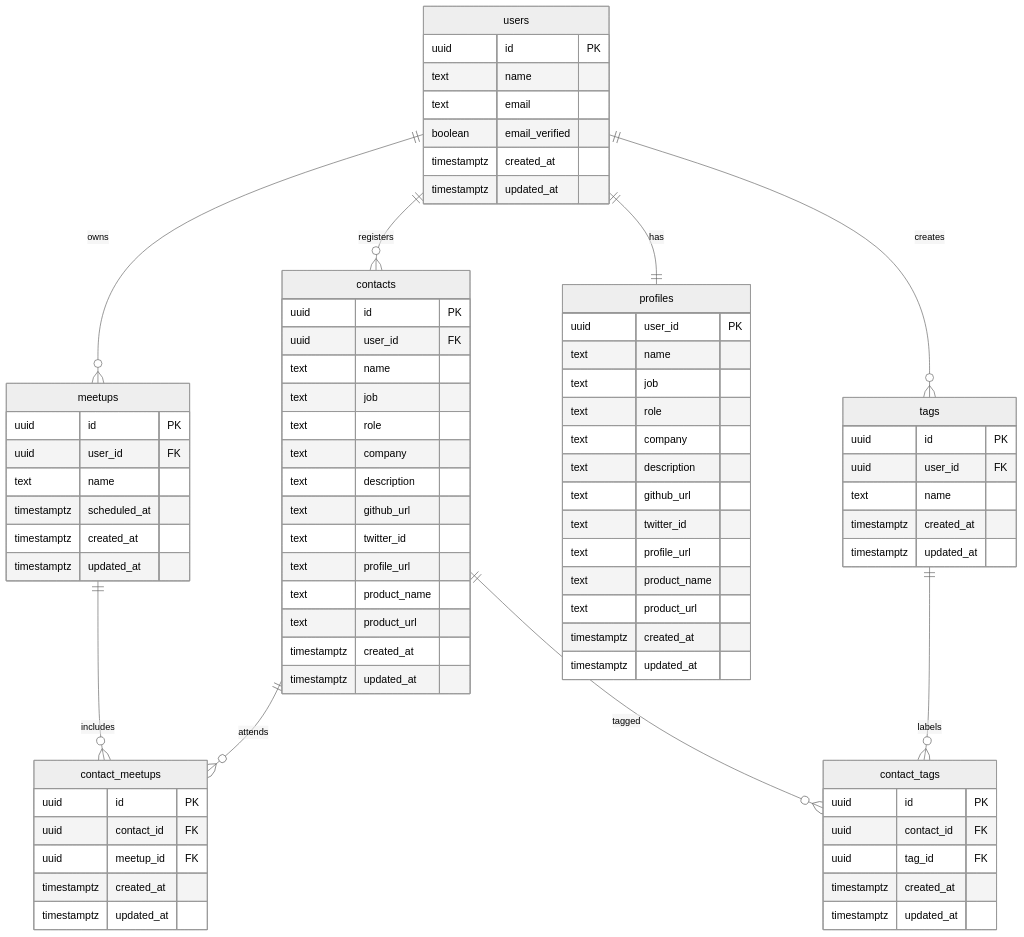
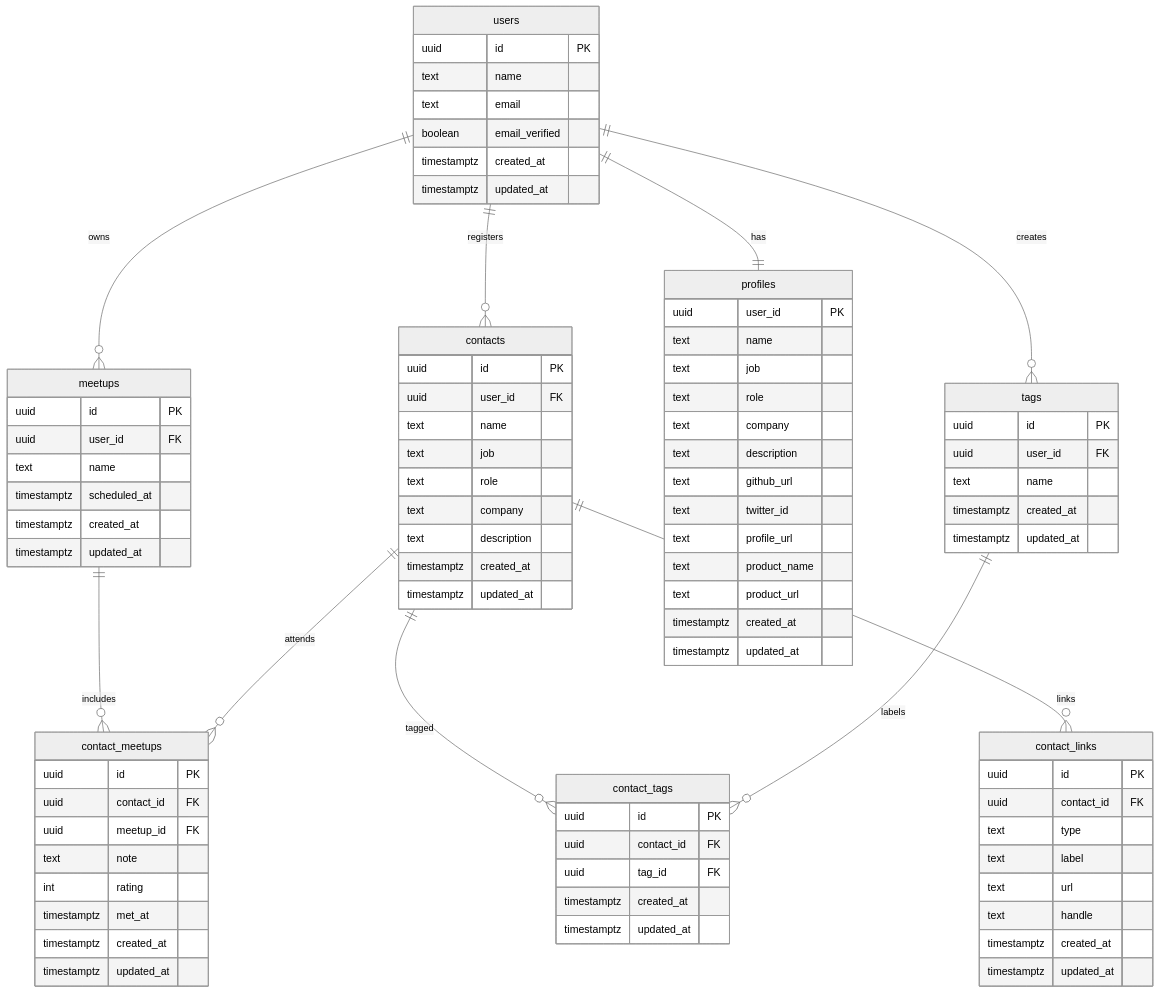
Before and after one commit to gs223gs/remeet-web: the diagram in docs/設計/db設計.md, drawn with Mermaid (neutral theme). The commit also changed other lines of this file, not shown here.

Commit message:
docs: db設計の見直し contacts のスリム

```diff
--- a/docs/設計/db設計.md
+++ b/docs/設計/db設計.md
@@ -98,6 +102,7 @@
     meetups ||--o{ contact_meetups : includes
     contacts ||--o{ contact_meetups : attends
     contacts ||--o{ contact_tags : tagged
+    contacts ||--o{ contact_links : links
     tags ||--o{ contact_tags : labels
 
     users {
@@ -126,11 +131,6 @@
         text role
         text company
         text description
-        text github_url
-        text twitter_id
-        text profile_url
-        text product_name
-        text product_url
         timestamptz created_at
         timestamptz updated_at
     }
@@ -139,6 +139,9 @@
         uuid id PK
         uuid contact_id FK
         uuid meetup_id FK
+        text note
+        int rating
+        timestamptz met_at
         timestamptz created_at
         timestamptz updated_at
     }
@@ -159,6 +162,17 @@
         timestamptz updated_at
     }
 
+    contact_links {
+        uuid id PK
+        uuid contact_id FK
+        text type
+        text label
+        text url
+        text handle
+        timestamptz created_at
+        timestamptz updated_at
+    }
+
     profiles {
         uuid user_id PK
         text name
```
